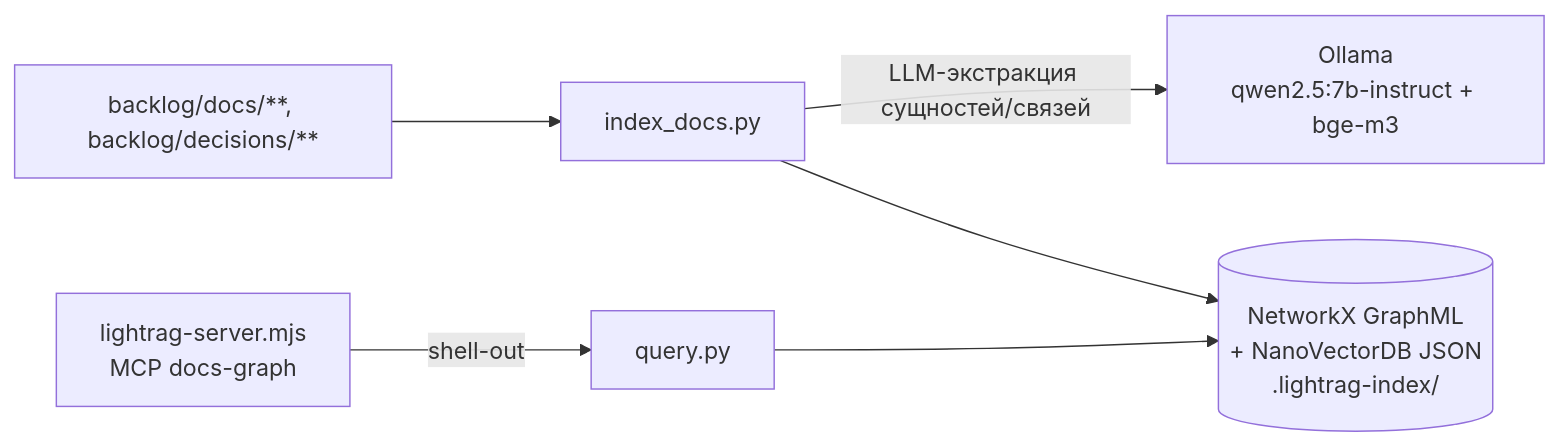
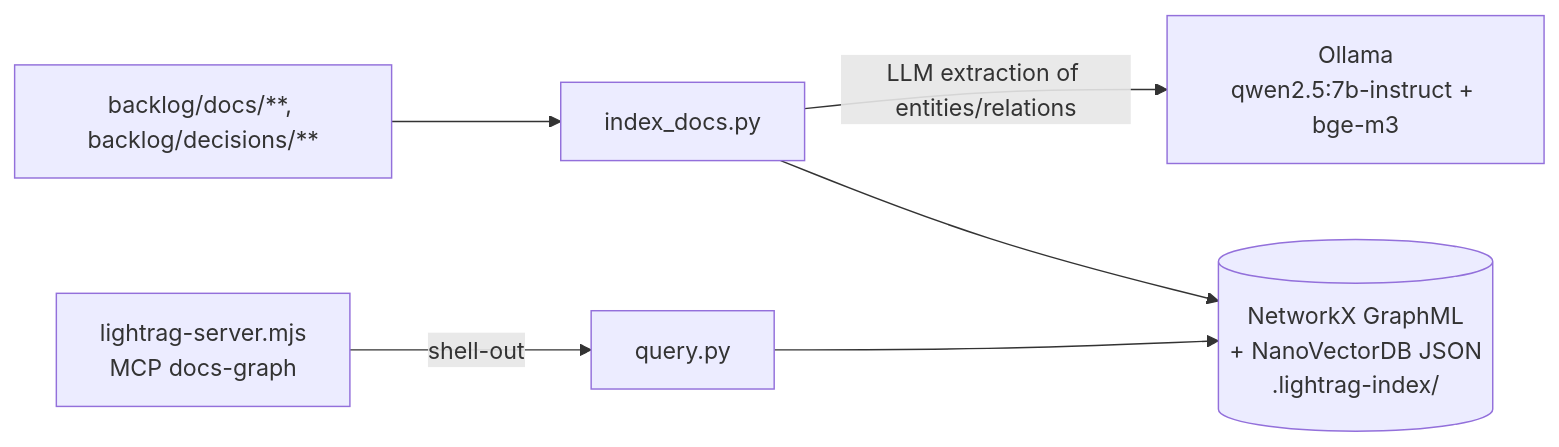
Before and after one commit to Reasp/projecthub-oss: the sixth of 7 diagrams in template/README.md, drawn with Mermaid. The commit also changed other lines of this file and 22 other files, not shown here.

````diff
--- a/template/README.md
+++ b/template/README.md
@@ -297,8 +303,8 @@
 ```mermaid
 graph LR
     DOCS["backlog/docs/**, backlog/decisions/**"] --> IDX["index_docs.py"]
-    IDX -->|LLM-экстракция сущностей/связей| OLLAMA["Ollama<br/>qwen2.5:7b-instruct + bge-m3"]
+    IDX -->|LLM extraction of entities/relations| OLLAMA["Ollama<br/>qwen2.5:7b-instruct + bge-m3"]
     IDX --> GRAPH[("NetworkX GraphML<br/>+ NanoVectorDB JSON<br/>.lightrag-index/")]
     QUERY["query.py"] --> GRAPH
     MCP["lightrag-server.mjs<br/>MCP docs-graph"] -->|shell-out| QUERY
 ```
````
